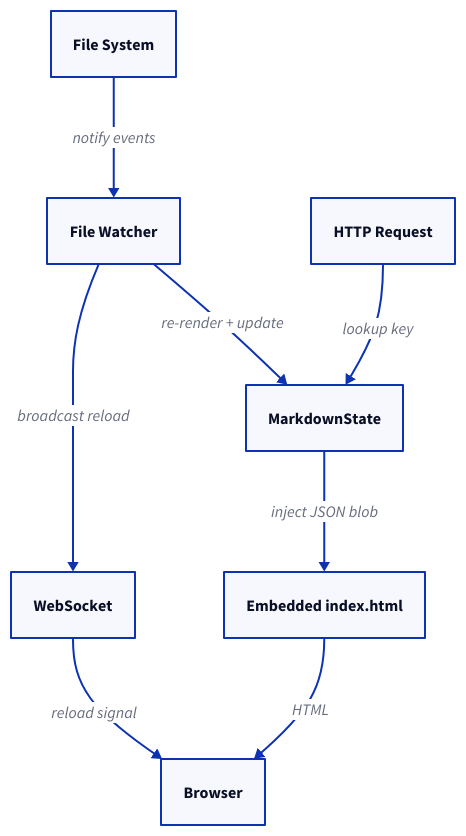
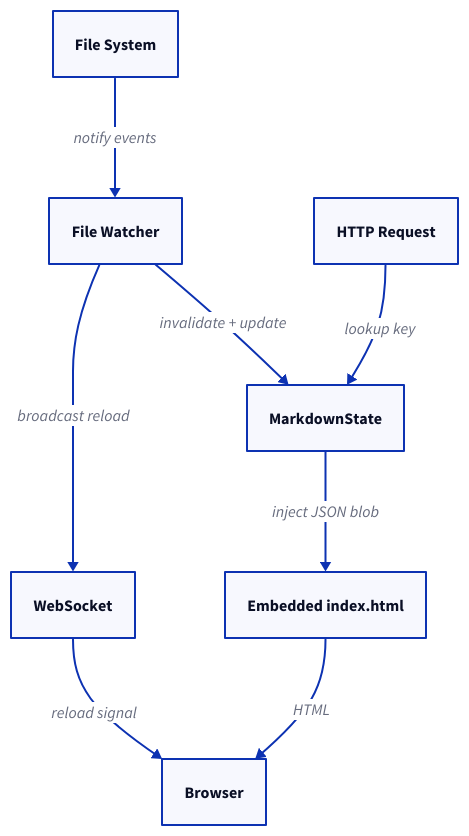
Before and after one commit to mdrv/mdrvserve: the first of 2 diagrams in docs/10-architecture.md, drawn with D2. The commit also changed other lines of this file and 9 other files, not shown here.

````diff
--- a/docs/10-architecture.md
+++ b/docs/10-architecture.md
@@ -25,9 +25,9 @@
 ```d2
 File System -> File Watcher: notify events
-File Watcher -> MarkdownState: re-render + update
+File Watcher -> MarkdownState: invalidate + update
 File Watcher -> WebSocket: broadcast reload
 HTTP Request -> MarkdownState: lookup key
 MarkdownState -> "Embedded index.html": inject JSON blob
 "Embedded index.html" -> Browser: HTML
 WebSocket -> Browser: reload signal
 ```
````
